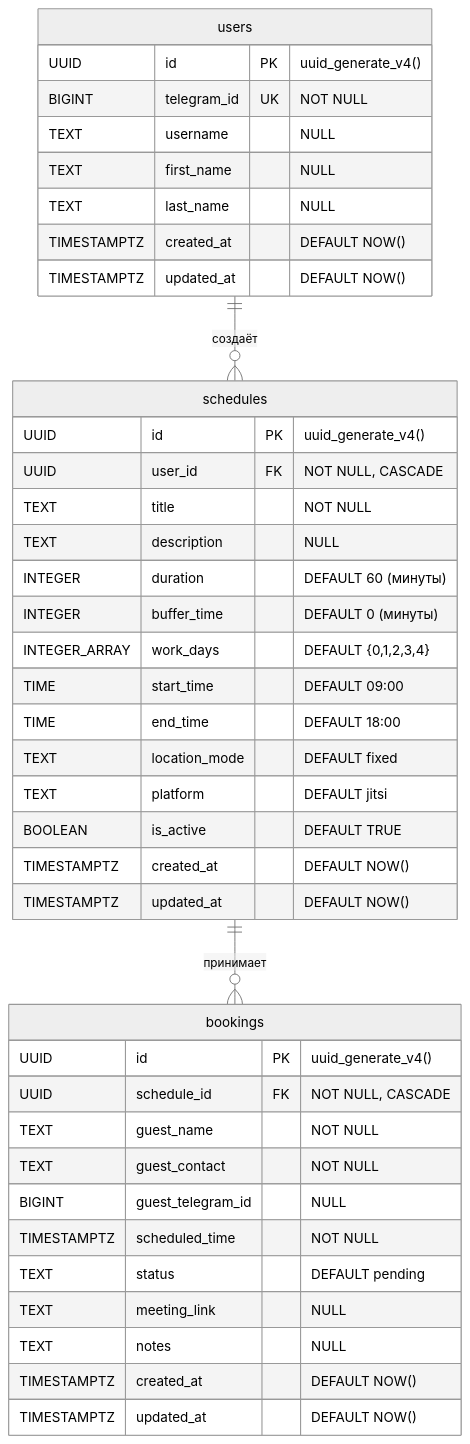
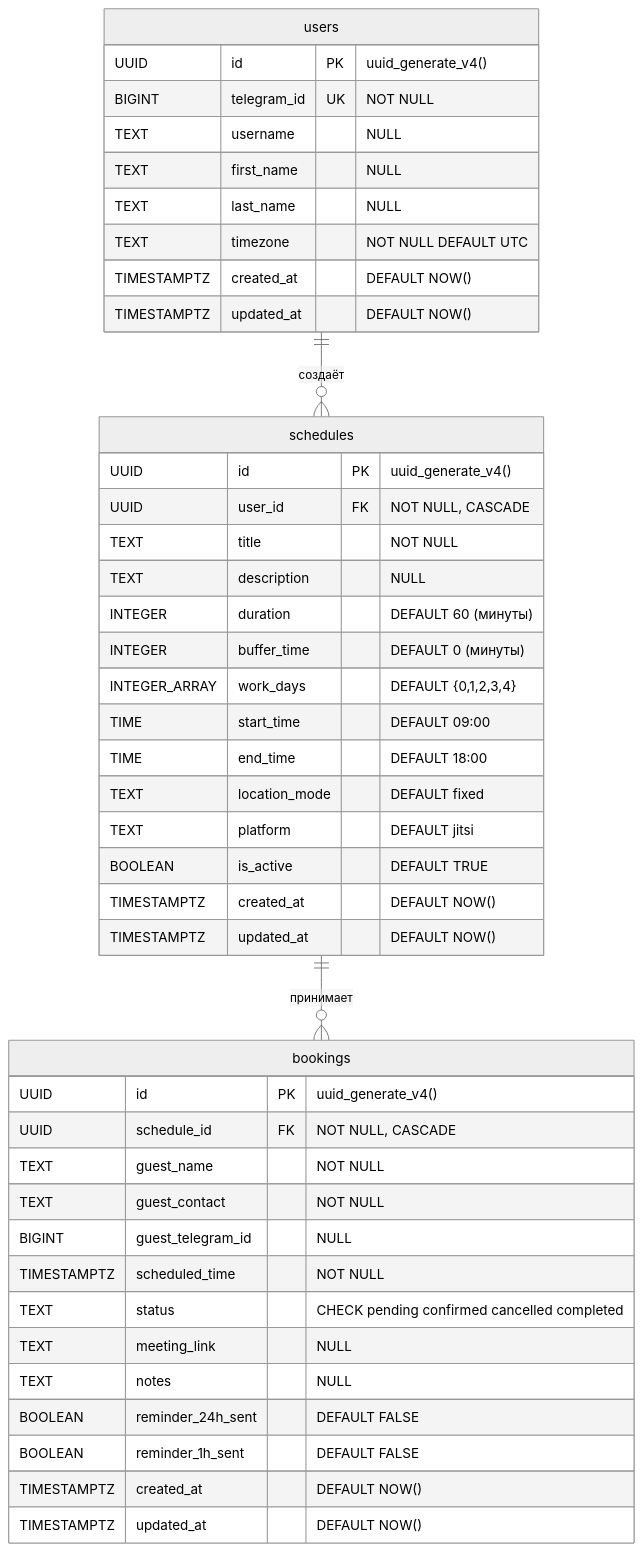
One commit to iwantproger/do_vstrechi changed the first of 2 diagrams in docs/DATA_MODELS.md. Above: the diagram before and after it, drawn with Mermaid (neutral theme). The commit also changed other lines of this file and 5 other files, not shown here.

````diff
--- a/docs/DATA_MODELS.md
+++ b/docs/DATA_MODELS.md
@@ -5,46 +5,49 @@
 ```mermaid
 erDiagram
     users ||--o{ schedules : "создаёт"
     schedules ||--o{ bookings : "принимает"
 
     users {
         UUID id PK "uuid_generate_v4()"
         BIGINT telegram_id UK "NOT NULL"
         TEXT username "NULL"
         TEXT first_name "NULL"
         TEXT last_name "NULL"
+        TEXT timezone "NOT NULL DEFAULT UTC"
         TIMESTAMPTZ created_at "DEFAULT NOW()"
         TIMESTAMPTZ updated_at "DEFAULT NOW()"
     }
 
     schedules {
         UUID id PK "uuid_generate_v4()"
         UUID user_id FK "NOT NULL, CASCADE"
         TEXT title "NOT NULL"
         TEXT description "NULL"
         INTEGER duration "DEFAULT 60 (минуты)"
         INTEGER buffer_time "DEFAULT 0 (минуты)"
         INTEGER_ARRAY work_days "DEFAULT {0,1,2,3,4}"
         TIME start_time "DEFAULT 09:00"
         TIME end_time "DEFAULT 18:00"
         TEXT location_mode "DEFAULT fixed"
         TEXT platform "DEFAULT jitsi"
         BOOLEAN is_active "DEFAULT TRUE"
         TIMESTAMPTZ created_at "DEFAULT NOW()"
         TIMESTAMPTZ updated_at "DEFAULT NOW()"
     }
 
     bookings {
         UUID id PK "uuid_generate_v4()"
         UUID schedule_id FK "NOT NULL, CASCADE"
         TEXT guest_name "NOT NULL"
         TEXT guest_contact "NOT NULL"
         BIGINT guest_telegram_id "NULL"
         TIMESTAMPTZ scheduled_time "NOT NULL"
-        TEXT status "DEFAULT pending"
+        TEXT status "CHECK pending confirmed cancelled completed"
         TEXT meeting_link "NULL"
         TEXT notes "NULL"
+        BOOLEAN reminder_24h_sent "DEFAULT FALSE"
+        BOOLEAN reminder_1h_sent "DEFAULT FALSE"
         TIMESTAMPTZ created_at "DEFAULT NOW()"
         TIMESTAMPTZ updated_at "DEFAULT NOW()"
     }
 ```
````
